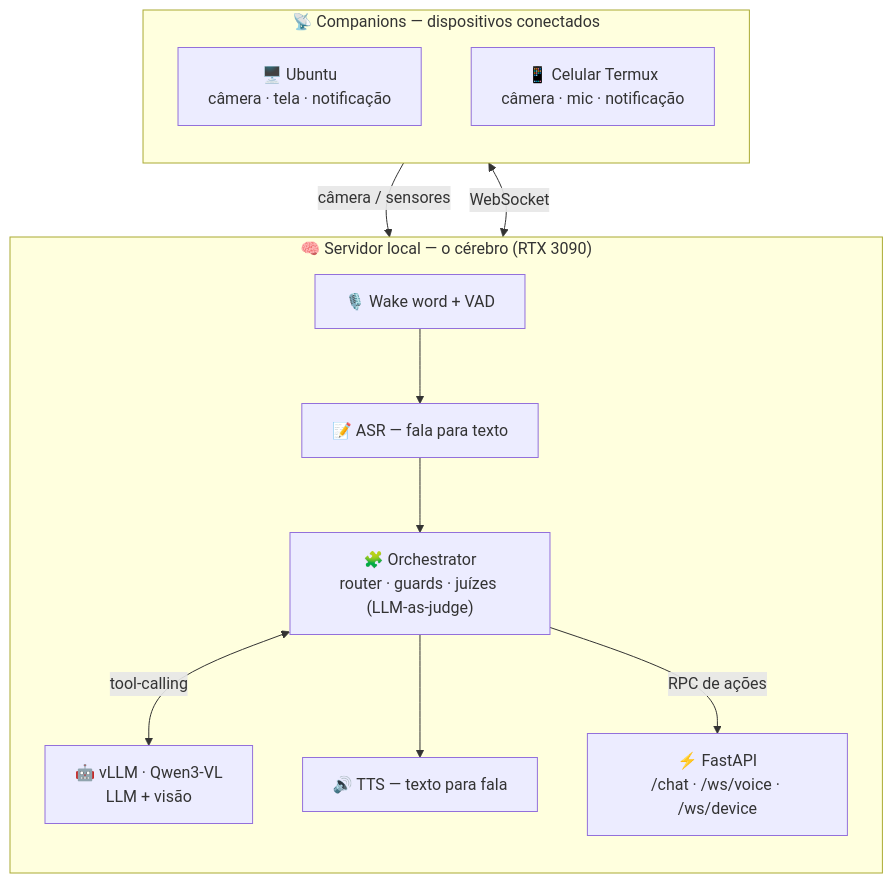
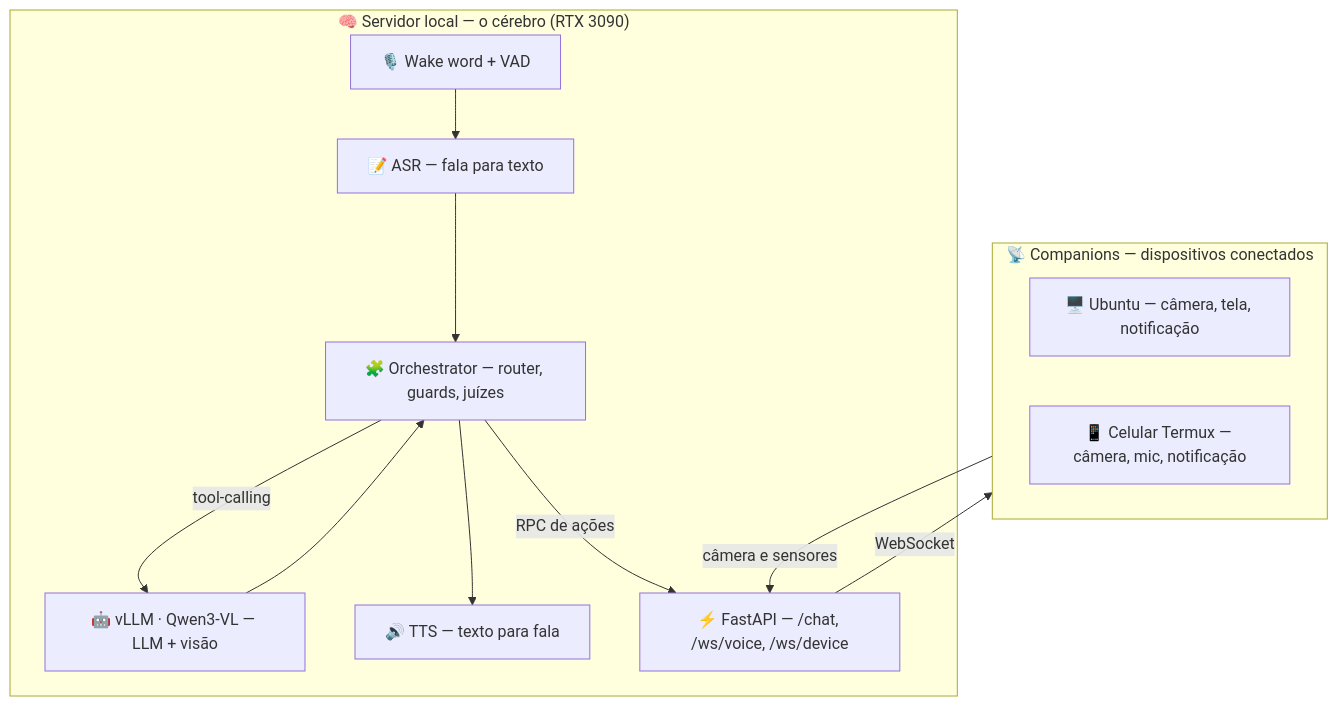
One commit to matheusLustosa23/brazaia changed the diagram in README.md. Above: the diagram before and after it, drawn with Mermaid.

Commit message:
docs: README showcase com arquitetura (diagrama robusto)

````diff
--- a/README.md
+++ b/README.md
@@ -18,25 +18,24 @@
 ```mermaid
 flowchart TB
     subgraph SRV["🧠 Servidor local — o cérebro (RTX 3090)"]
-        direction TB
         WW["🎙️ Wake word + VAD"]
         ASR["📝 ASR — fala para texto"]
-        ORCH["🧩 Orchestrator<br/>router · guards · juízes (LLM-as-judge)"]
-        LLM["🤖 vLLM · Qwen3-VL<br/>LLM + visão"]
+        ORCH["🧩 Orchestrator — router, guards, juízes"]
+        LLM["🤖 vLLM · Qwen3-VL — LLM + visão"]
         TTS["🔊 TTS — texto para fala"]
-        API["⚡ FastAPI<br/>/chat · /ws/voice · /ws/device"]
+        API["⚡ FastAPI — /chat, /ws/voice, /ws/device"]
     end
 
     subgraph DEV["📡 Companions — dispositivos conectados"]
-        direction TB
-        D1["🖥️ Ubuntu<br/>câmera · tela · notificação"]
-        D2["📱 Celular Termux<br/>câmera · mic · notificação"]
+        D1["🖥️ Ubuntu — câmera, tela, notificação"]
+        D2["📱 Celular Termux — câmera, mic, notificação"]
     end
 
     WW --> ASR --> ORCH
-    ORCH <-->|tool-calling| LLM
+    ORCH -->|tool-calling| LLM
+    LLM --> ORCH
     ORCH --> TTS
     ORCH -->|RPC de ações| API
-    API <-->|WebSocket| DEV
-    DEV -->|câmera / sensores| API
+    API -->|WebSocket| DEV
+    DEV -->|câmera e sensores| API
 ```
````
